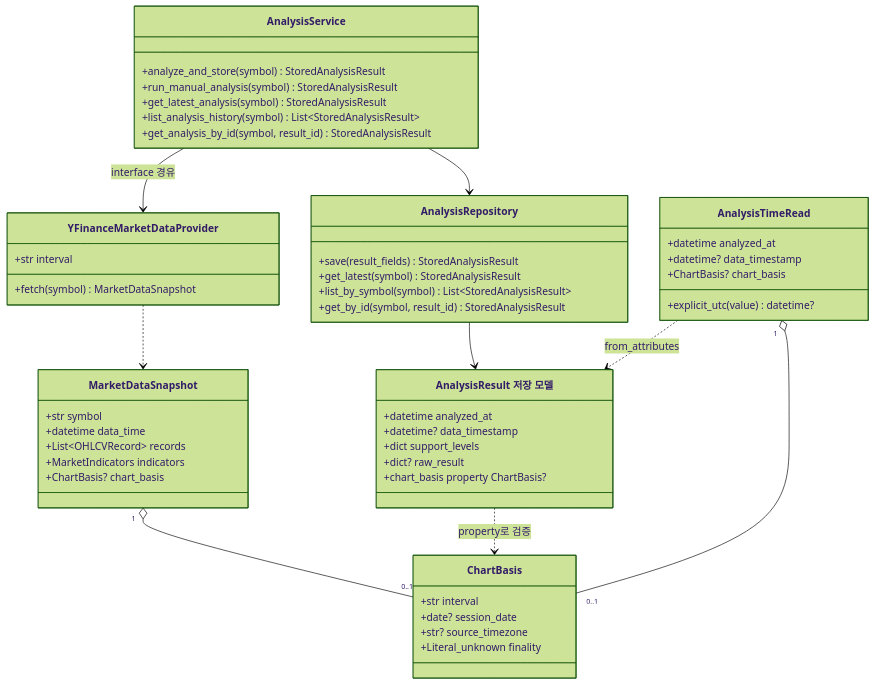
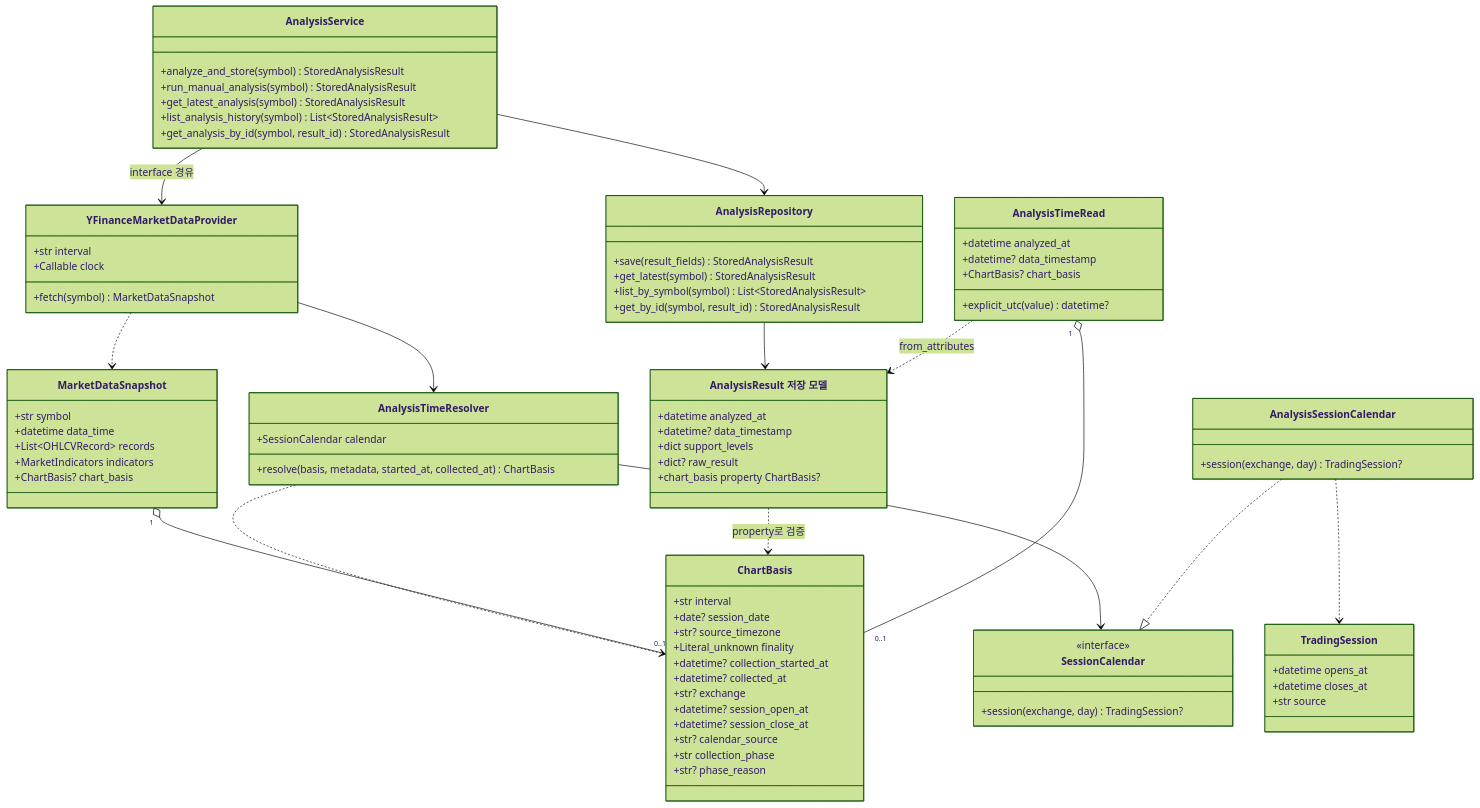
Before and after one commit to PhilPark-geosr/stock-agent: the sixth of 8 diagrams in design/analysis_time_basis_design.md, drawn with Mermaid (forest theme). The commit also changed other lines of this file and 16 other files, not shown here.

Commit message:
feat: classify analysis collection against exchange sessions

```diff
--- a/design/analysis_time_basis_design.md
+++ b/design/analysis_time_basis_design.md
@@ -188,6 +249,14 @@
         +date? session_date
         +str? source_timezone
         +Literal_unknown finality
+        +datetime? collection_started_at
+        +datetime? collected_at
+        +str? exchange
+        +datetime? session_open_at
+        +datetime? session_close_at
+        +str? calendar_source
+        +str collection_phase
+        +str? phase_reason
     }
     class MarketDataSnapshot {
         +str symbol
@@ -198,7 +267,24 @@
     }
     class YFinanceMarketDataProvider {
         +str interval
+        +Callable clock
         +fetch(symbol) MarketDataSnapshot
+    }
+    class AnalysisTimeResolver {
+        +SessionCalendar calendar
+        +resolve(basis, metadata, started_at, collected_at) ChartBasis
+    }
+    class SessionCalendar {
+        <<interface>>
+        +session(exchange, day) TradingSession?
+    }
+    class AnalysisSessionCalendar {
+        +session(exchange, day) TradingSession?
+    }
+    class TradingSession {
+        +datetime opens_at
+        +datetime closes_at
+        +str source
     }
     class AnalysisService {
         +analyze_and_store(symbol) StoredAnalysisResult
@@ -227,6 +313,11 @@
         +explicit_utc(value) datetime?
     }
     YFinanceMarketDataProvider ..> MarketDataSnapshot
+    YFinanceMarketDataProvider --> AnalysisTimeResolver
+    AnalysisTimeResolver --> SessionCalendar
+    AnalysisSessionCalendar ..|> SessionCalendar
+    AnalysisSessionCalendar ..> TradingSession
+    AnalysisTimeResolver ..> ChartBasis
     MarketDataSnapshot "1" o-- "0..1" ChartBasis
     AnalysisService --> YFinanceMarketDataProvider : interface 경유
     AnalysisService --> AnalysisRepository
```
